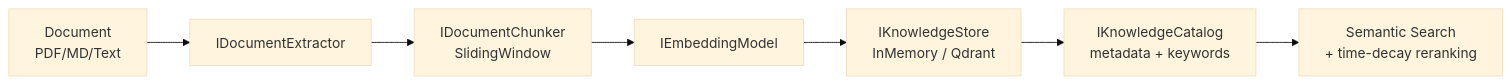
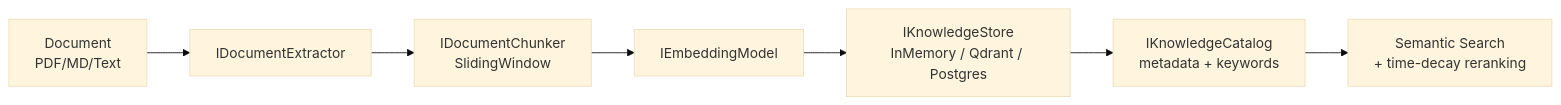
The fourth of 6 diagrams in ARCHITECTURE.md (sevensamurai/Ananke), drawn with Mermaid (base theme) before and after one commit. The commit also changed other lines of this file and 131 other files, not shown here.

````diff
--- a/ARCHITECTURE.md
+++ b/ARCHITECTURE.md
@@ -307,9 +307,9 @@
 ```mermaid
 flowchart LR
     DOC[Document<br/>PDF/MD/Text] --> EXT[IDocumentExtractor]
     EXT --> CHUNK[IDocumentChunker<br/>SlidingWindow]
     CHUNK --> EMB[IEmbeddingModel]
-    EMB --> STORE[IKnowledgeStore<br/>InMemory / Qdrant]
+    EMB --> STORE[IKnowledgeStore<br/>InMemory / Qdrant / Postgres]
     STORE --> CAT[IKnowledgeCatalog<br/>metadata + keywords]
     CAT --> SEARCH[Semantic Search<br/>+ time-decay reranking]
 ```
````
